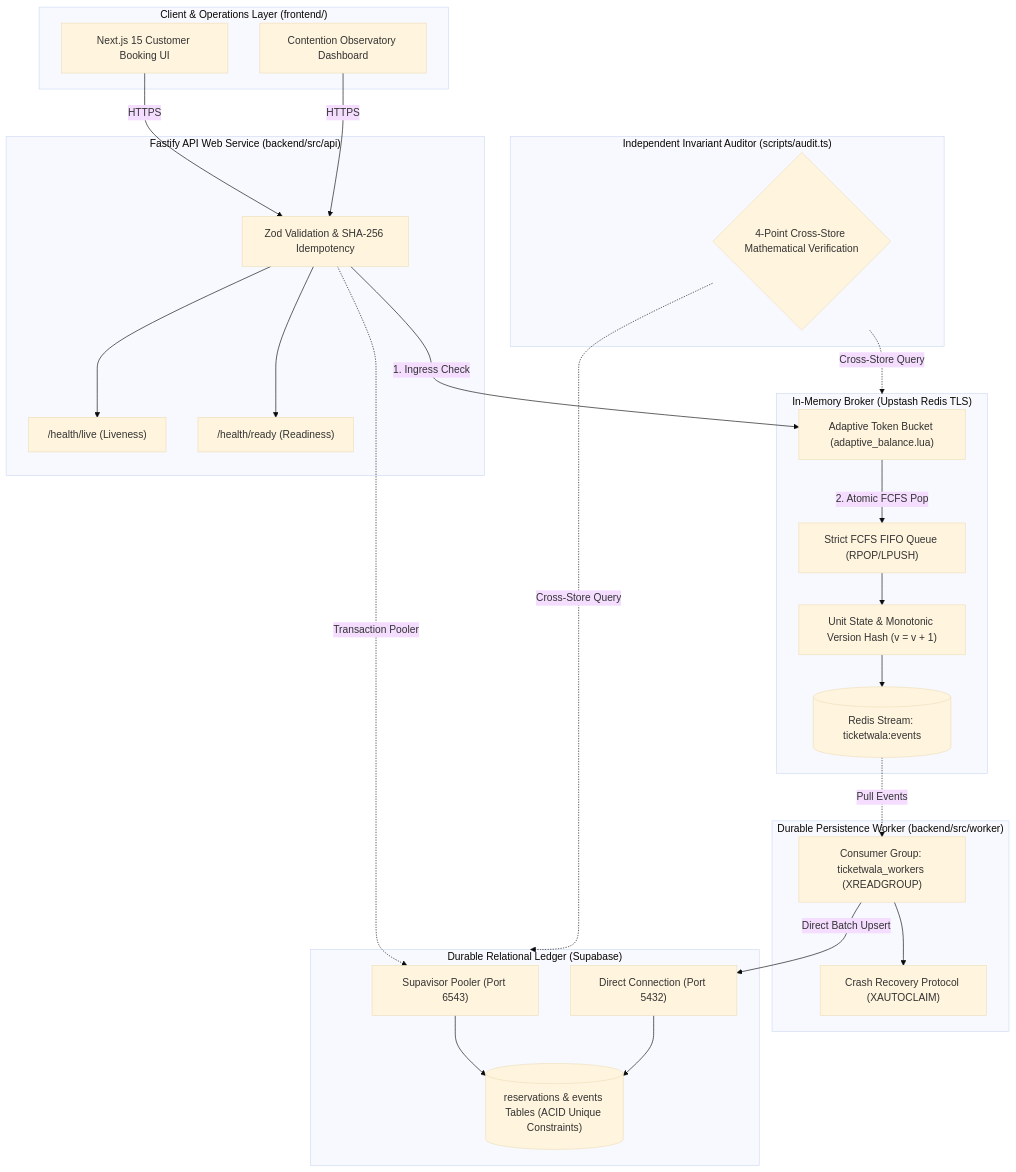
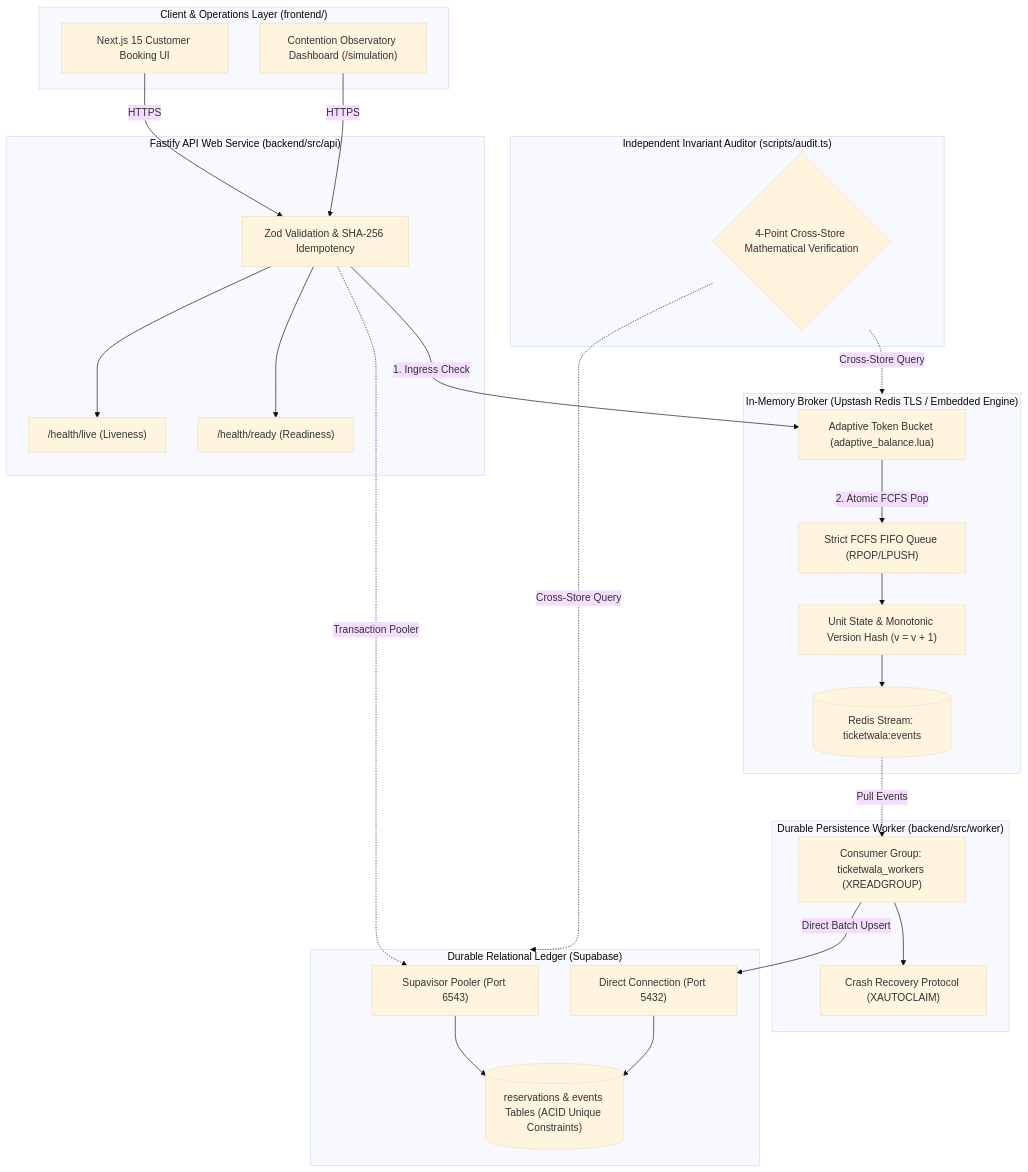
One commit to WolverineAryan/TicketWala changed the diagram in README.md. Above: the diagram before and after it, drawn with Mermaid (base theme). The commit also changed other lines of this file and 15 other files, not shown here.

````diff
--- a/README.md
+++ b/README.md
@@ -69,44 +132,44 @@
 ```mermaid
 flowchart TD
     subgraph ClientLayer ["Client & Operations Layer (frontend/)"]
         A["Next.js 15 Customer Booking UI"]
-        B["Contention Observatory Dashboard"]
+        B["Contention Observatory Dashboard (/simulation)"]
     end
 
     subgraph APILayer ["Fastify API Web Service (backend/src/api)"]
         LIVE["/health/live (Liveness)"]
         READY["/health/ready (Readiness)"]
         VAL["Zod Validation & SHA-256 Idempotency"]
     end
 
-    subgraph MemoryLayer ["In-Memory Broker (Upstash Redis TLS)"]
+    subgraph MemoryLayer ["In-Memory Broker (Upstash Redis TLS / Embedded Engine)"]
         TB["Adaptive Token Bucket (adaptive_balance.lua)"]
         FIFO["Strict FCFS FIFO Queue (RPOP/LPUSH)"]
         HASH["Unit State & Monotonic Version Hash (v = v + 1)"]
         STREAM[("Redis Stream: ticketwala:events")]
     end
 
     subgraph WorkerLayer ["Durable Persistence Worker (backend/src/worker)"]
         WORKER["Consumer Group: ticketwala_workers (XREADGROUP)"]
         RECOVER["Crash Recovery Protocol (XAUTOCLAIM)"]
     end
 
     subgraph DurableLayer ["Durable Relational Ledger (Supabase)"]
         POOLER["Supavisor Pooler (Port 6543)"]
         DIRECT["Direct Connection (Port 5432)"]
         TABLES[("reservations & events Tables (ACID Unique Constraints)")]
     end
 
     subgraph AuditLayer ["Independent Invariant Auditor (scripts/audit.ts)"]
         AUDIT{"4-Point Cross-Store Mathematical Verification"}
     end
 
     A & B -->|HTTPS| VAL
     VAL --> LIVE & READY
     VAL -->|1. Ingress Check| TB
     TB -->|2. Atomic FCFS Pop| FIFO --> HASH --> STREAM
     STREAM -.->|Pull Events| WORKER --> RECOVER
     VAL -.->|Transaction Pooler| POOLER --> TABLES
     WORKER -->|Direct Batch Upsert| DIRECT --> TABLES
     AUDIT -.->|Cross-Store Query| MemoryLayer & DurableLayer
 ```
````
